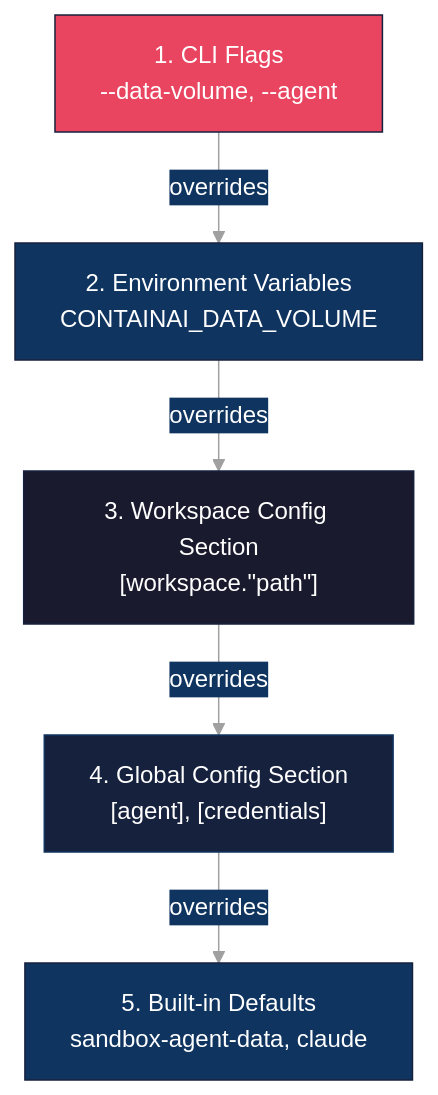
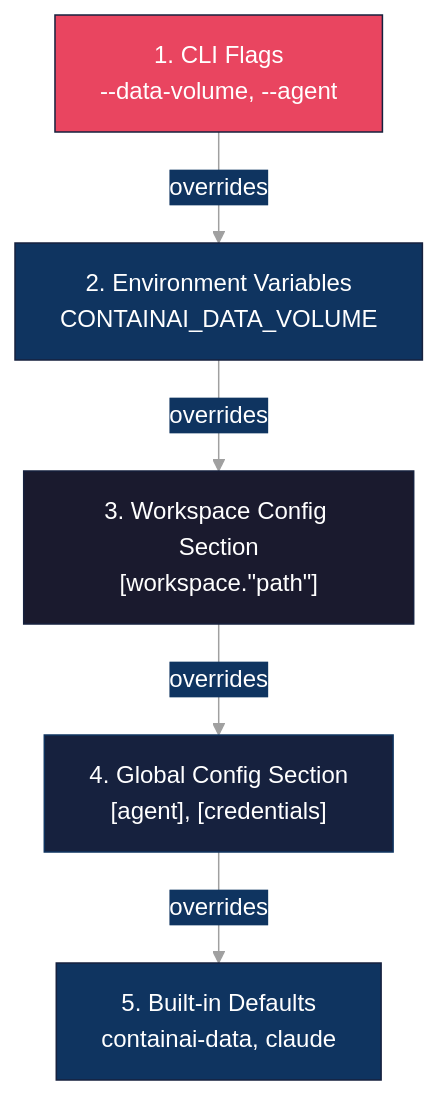
Before and after one commit to novotnyllc/ContainAI: the second of 2 diagrams in docs/configuration.md, drawn with Mermaid. The commit also changed other lines of this file and 13 other files, not shown here.

Commit message:
fix: update default data volume name from sandbox-agent-data to containai-data across documentation and scripts

````diff
--- a/docs/configuration.md
+++ b/docs/configuration.md
@@ -67,29 +67,29 @@
 ```mermaid
 %%{init: {'theme': 'base', 'themeVariables': {
   'primaryColor': '#1a1a2e',
   'primaryTextColor': '#ffffff',
   'primaryBorderColor': '#16213e',
   'secondaryColor': '#0f3460',
   'tertiaryColor': '#1a1a2e',
   'lineColor': '#a0a0a0',
   'textColor': '#ffffff',
   'background': '#0d1117'
 }}}%%
 flowchart TB
     CLI["1. CLI Flags<br/>--data-volume, --agent"]
     ENV["2. Environment Variables<br/>CONTAINAI_DATA_VOLUME"]
     Workspace["3. Workspace Config Section<br/>[workspace.&quot;path&quot;]"]
     Global["4. Global Config Section<br/>[agent], [credentials]"]
-    Default["5. Built-in Defaults<br/>sandbox-agent-data, claude"]
+    Default["5. Built-in Defaults<br/>containai-data, claude"]
 
     CLI -->|overrides| ENV
     ENV -->|overrides| Workspace
     Workspace -->|overrides| Global
     Global -->|overrides| Default
 
     style CLI fill:#e94560,stroke:#16213e,color:#fff
     style ENV fill:#0f3460,stroke:#16213e,color:#fff
     style Workspace fill:#1a1a2e,stroke:#16213e,color:#fff
     style Global fill:#16213e,stroke:#0f3460,color:#fff
     style Default fill:#0f3460,stroke:#16213e,color:#fff
 ```
````
